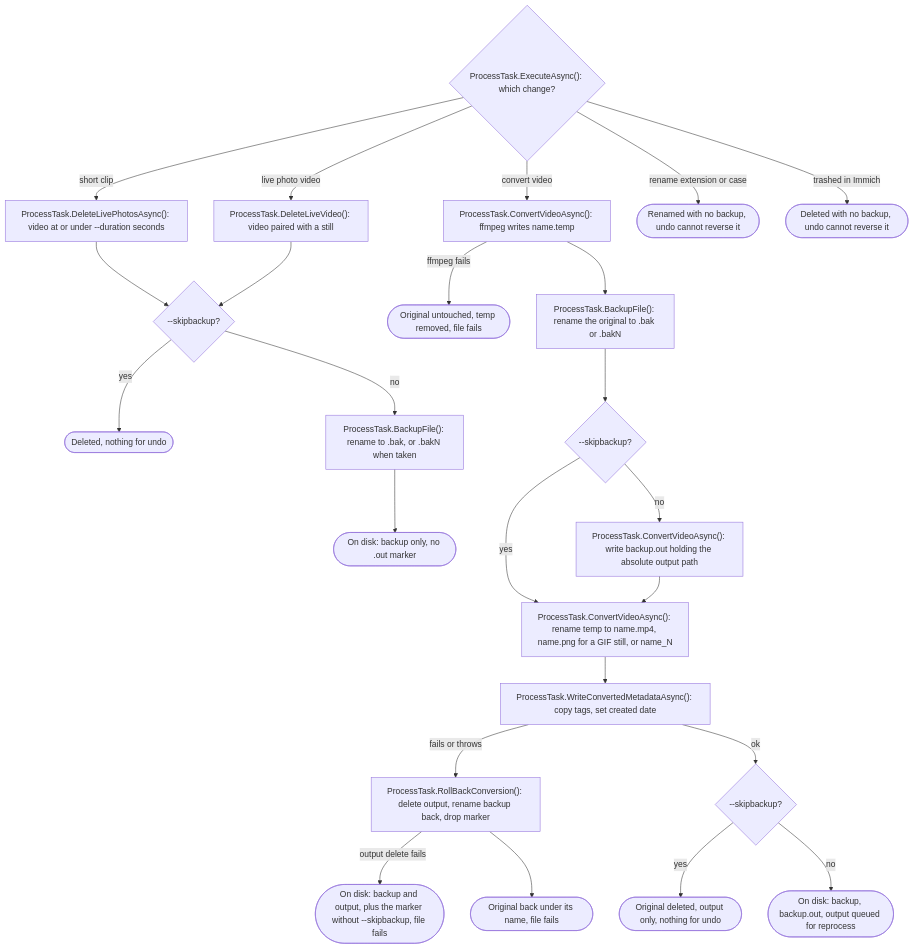
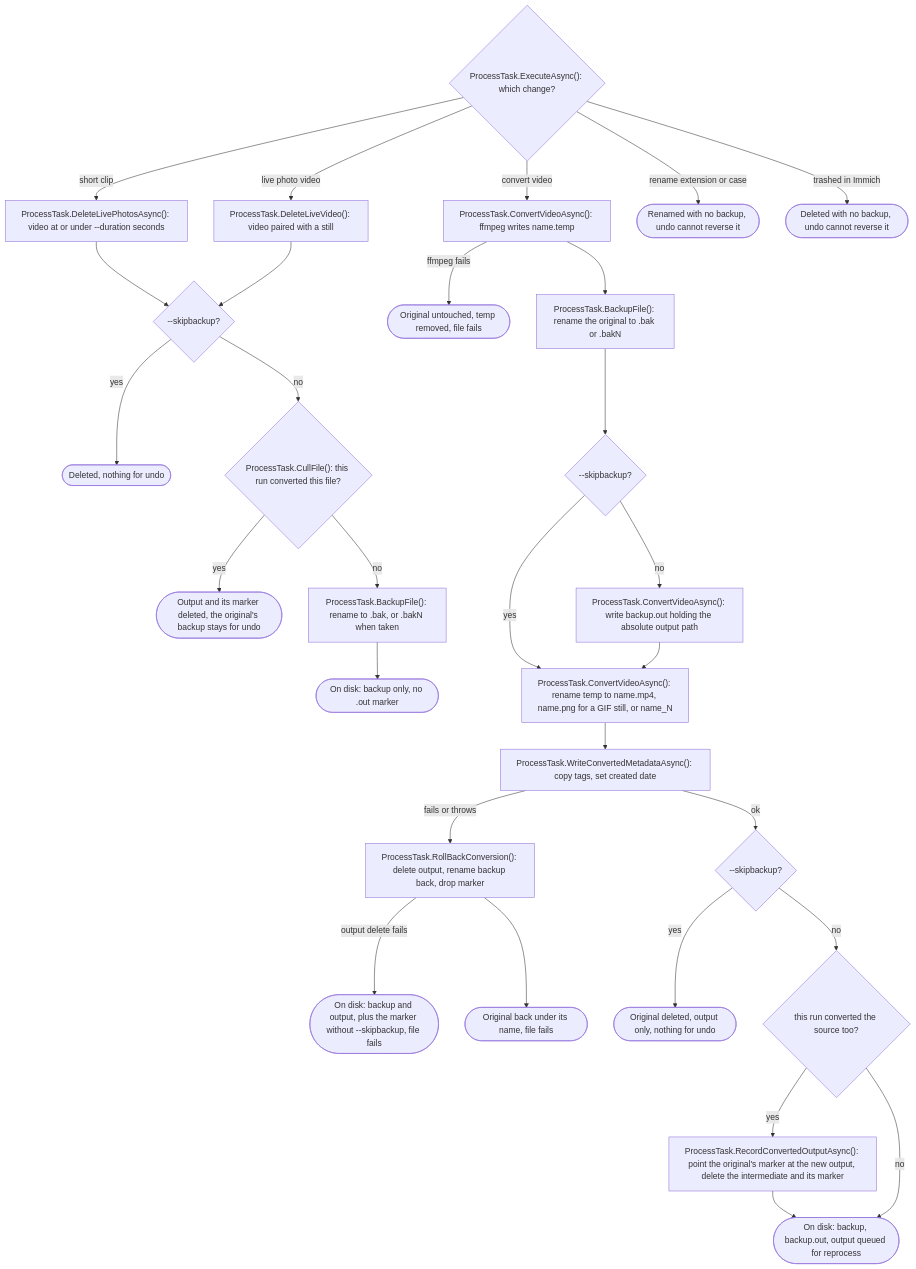
Diagram 18 of 23 in ARCHITECTURE.md (ptr727/PhotoCleaner), drawn with Mermaid before and after one commit. The commit also changed other lines of this file and 7 other files, not shown here.

First line of the commit message:
Undo Only What Process Recorded, and Never Delete an Original (#332)

````diff
--- a/ARCHITECTURE.md
+++ b/ARCHITECTURE.md
@@ -938,27 +948,32 @@
 ```mermaid
 flowchart TD
   P1{"ProcessTask.ExecuteAsync(): which change?"}
   P1 -->|"short clip"| P2["ProcessTask.DeleteLivePhotosAsync(): video at or under --duration seconds"]
   P1 -->|"live photo video"| P3["ProcessTask.DeleteLiveVideo(): video paired with a still"]
   P2 --> P4{"--skipbackup?"}
   P3 --> P4
   P4 -->|"yes"| P5(["Deleted, nothing for undo"])
-  P4 -->|"no"| P6["ProcessTask.BackupFile(): rename to .bak, or .bakN when taken"]
+  P4 -->|"no"| P4a{"ProcessTask.CullFile(): this run converted this file?"}
+  P4a -->|"yes"| P4b(["Output and its marker deleted, the original's backup stays for undo"])
+  P4a -->|"no"| P6["ProcessTask.BackupFile(): rename to .bak, or .bakN when taken"]
   P6 --> P7(["On disk: backup only, no .out marker"])
   P1 -->|"convert video"| P8["ProcessTask.ConvertVideoAsync(): ffmpeg writes name.temp"]
   P8 -->|"ffmpeg fails"| P9(["Original untouched, temp removed, file fails"])
   P8 --> P10["ProcessTask.BackupFile(): rename the original to .bak or .bakN"]
   P10 --> P11{"--skipbackup?"}
   P11 -->|"no"| P12["ProcessTask.ConvertVideoAsync(): write backup.out holding the absolute output path"]
   P11 -->|"yes"| P13
   P12 --> P13["ProcessTask.ConvertVideoAsync(): rename temp to name.mp4, name.png for a GIF still, or name_N"]
   P13 --> P14["ProcessTask.WriteConvertedMetadataAsync(): copy tags, set created date"]
   P14 -->|"fails or throws"| P15["ProcessTask.RollBackConversion(): delete output, rename backup back, drop marker"]
   P15 -->|"output delete fails"| P16(["On disk: backup and output, plus the marker without --skipbackup, file fails"])
   P15 --> P17(["Original back under its name, file fails"])
   P14 -->|"ok"| P18{"--skipbackup?"}
   P18 -->|"yes"| P19(["Original deleted, output only, nothing for undo"])
-  P18 -->|"no"| P20(["On disk: backup, backup.out, output queued for reprocess"])
+  P18 -->|"no"| P18a{"this run converted the source too?"}
+  P18a -->|"yes"| P18b["ProcessTask.RecordConvertedOutputAsync(): point the original's marker at the new output, delete the intermediate and its marker"]
+  P18b --> P20
+  P18a -->|"no"| P20(["On disk: backup, backup.out, output queued for reprocess"])
   P1 -->|"rename extension or case"| P21(["Renamed with no backup, undo cannot reverse it"])
   P1 -->|"trashed in Immich"| P22(["Deleted with no backup, undo cannot reverse it"])
 ```
````
